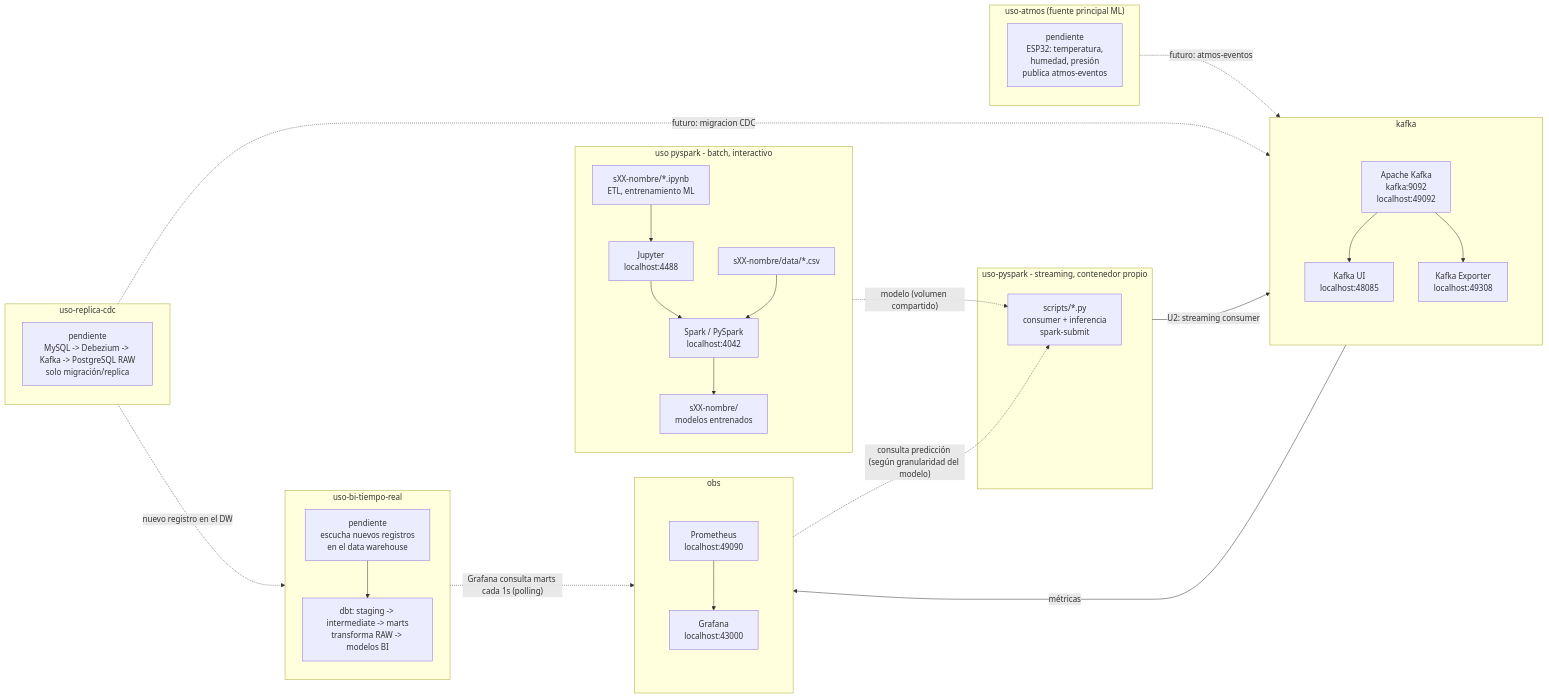
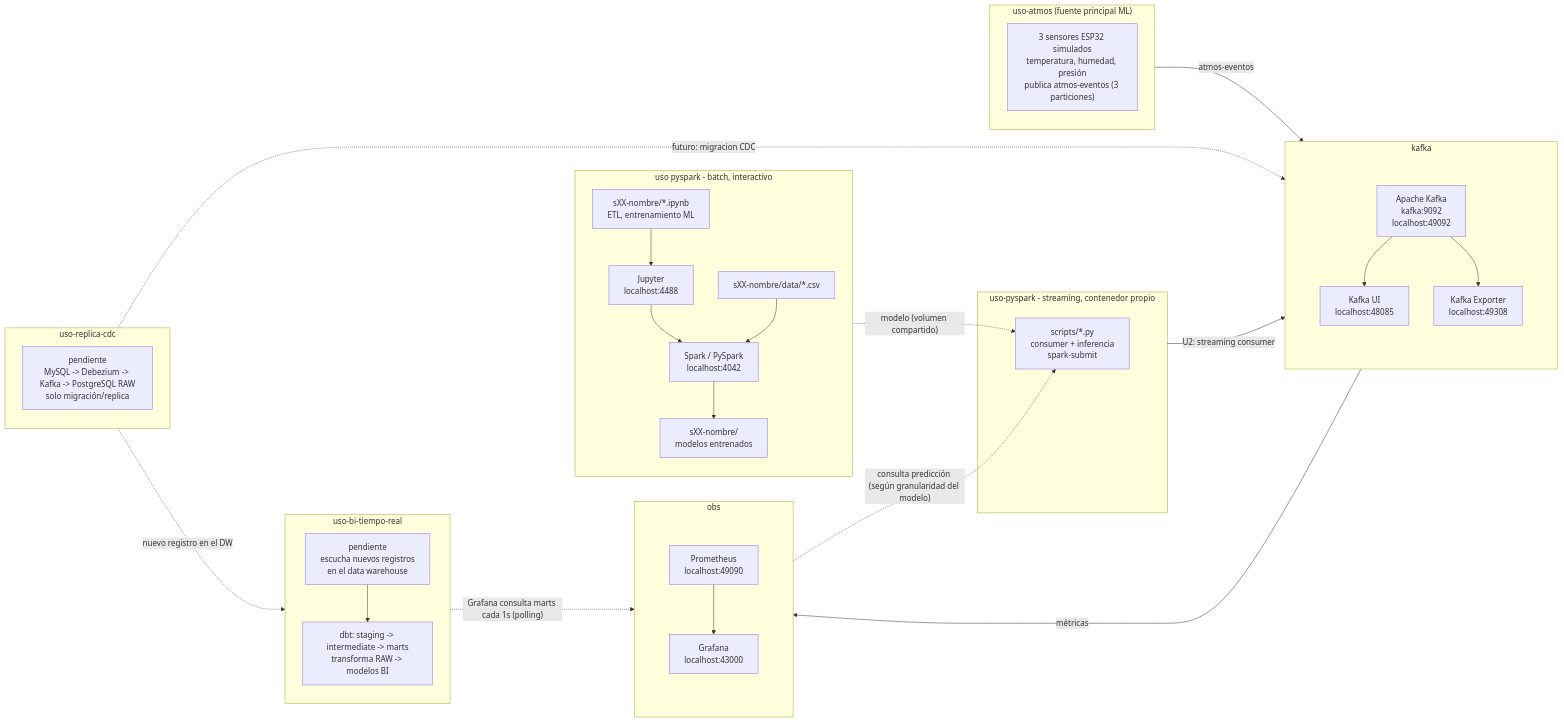
Before and after one commit to 262bigdata/lambda26: the second of 2 diagrams in docs/index.md, drawn with Mermaid. The commit also changed other lines of this file and 17 other files, not shown here.

````diff
--- a/docs/index.md
+++ b/docs/index.md
@@ -115,67 +115,67 @@
 ```mermaid
 flowchart LR
     subgraph PySparkModule["uso pyspark - batch, interactivo"]
         direction TB
         Notebooks["sXX-nombre/*.ipynb<br/>ETL, entrenamiento ML"]
         Jupyter["Jupyter<br/>localhost:4488"]
         Spark["Spark / PySpark<br/>localhost:4042"]
         Data["sXX-nombre/data/*.csv"]
         Artifacts["sXX-nombre/<br/>modelos entrenados"]
         Notebooks --> Jupyter --> Spark
         Data --> Spark --> Artifacts
     end
 
     subgraph StreamingModule["uso-pyspark - streaming, contenedor propio"]
         Scripts["scripts/*.py<br/>consumer + inferencia<br/>spark-submit"]
     end
 
     Artifacts -.->|"modelo (volumen compartido)"| Scripts
 
     subgraph UseIoT["uso-atmos (fuente principal ML)"]
-        IoT["pendiente<br/>ESP32: temperatura,<br/>humedad, presión<br/>publica atmos-eventos"]
+        IoT["3 sensores ESP32 simulados<br/>temperatura, humedad, presión<br/>publica atmos-eventos (3 particiones)"]
     end
 
     subgraph UseCDC["uso-replica-cdc"]
         CDC["pendiente<br/>MySQL -> Debezium -> Kafka -> PostgreSQL RAW<br/>solo migración/replica"]
     end
 
     subgraph UseBITR["uso-bi-tiempo-real"]
         direction TB
         Listener["pendiente<br/>escucha nuevos registros<br/>en el data warehouse"]
         DBT["dbt: staging -> intermediate -> marts<br/>transforma RAW -> modelos BI"]
         Listener --> DBT
     end
 
     subgraph KafkaModule["kafka"]
         direction TB
         subgraph KafkaStack[" "]
             direction TB
             Kafka["Apache Kafka<br/>kafka:9092<br/>localhost:49092"]
             KafkaUI["Kafka UI<br/>localhost:48085"]
             KafkaExporter["Kafka Exporter<br/>localhost:49308"]
             Kafka --> KafkaUI
             Kafka --> KafkaExporter
         end
     end
 
     subgraph ObsModule["obs"]
         direction TB
         subgraph ObsStack[" "]
             direction TB
             Prometheus["Prometheus<br/>localhost:49090"]
             Grafana["Grafana<br/>localhost:43000"]
             Prometheus --> Grafana
         end
     end
 
     StreamingModule -->|"U2: streaming consumer"| Kafka
-    UseIoT -. "futuro: atmos-eventos" .-> Kafka
+    UseIoT -->|"atmos-eventos"| Kafka
     UseCDC -. "futuro: migracion CDC" .-> Kafka
     UseCDC -. "nuevo registro en el DW" .-> UseBITR
     DBT -. "Grafana consulta marts cada 1s (polling)" .-> Grafana
     Grafana -. "consulta predicción (según granularidad del modelo)" .-> Scripts
     KafkaExporter -->|"métricas"| Prometheus
 
     style KafkaStack fill:transparent,stroke:transparent,color:transparent
     style ObsStack fill:transparent,stroke:transparent,color:transparent
 ```
````
